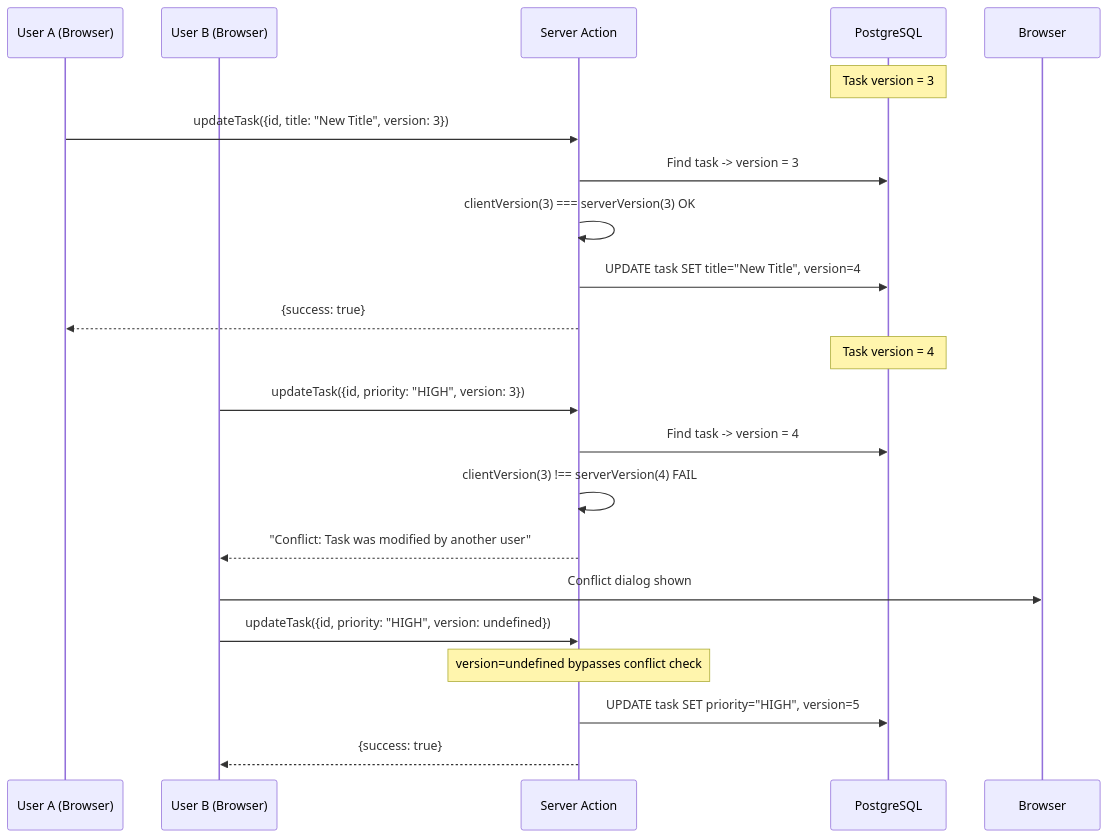
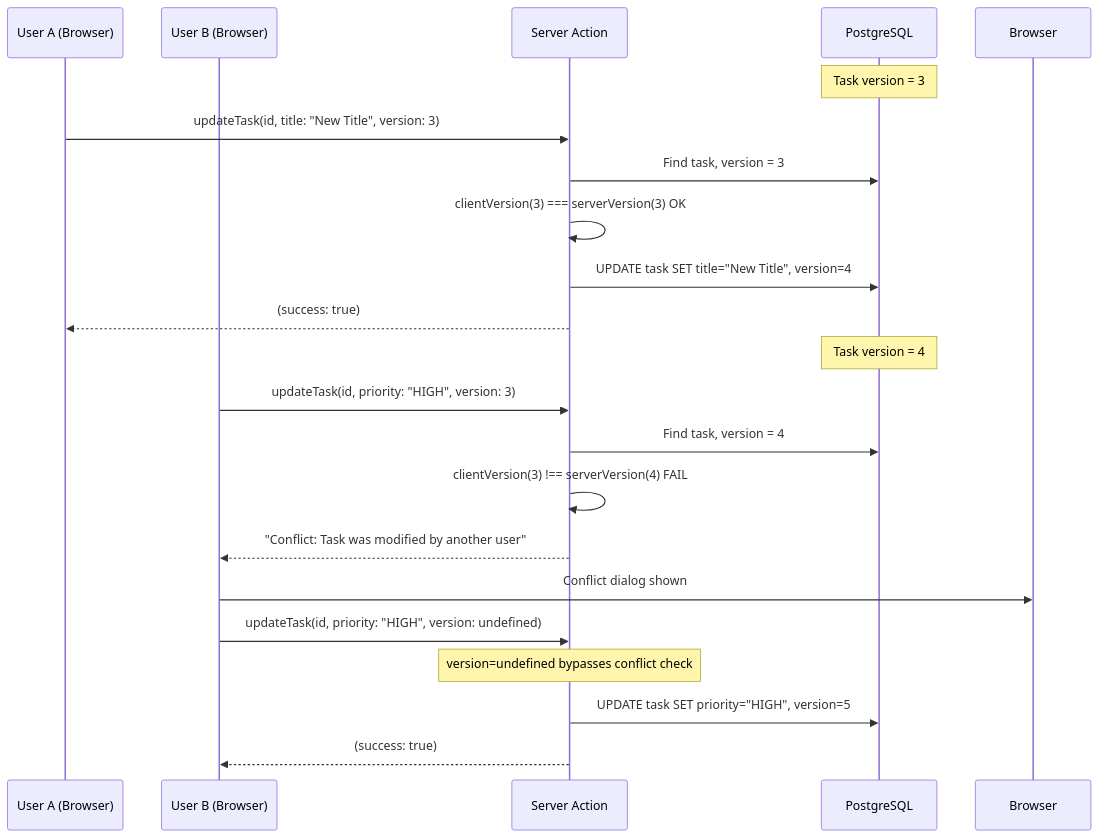
One commit to asefahmed500/Smart-Task-App_IIT_DU_Final_Project changed the third of 10 diagrams in docs/05-task-management.md. Above: the diagram before and after it, drawn with Mermaid. The commit also changed other lines of this file and 9 other files, not shown here.

Commit message:
fix: update AGENTS.md with Vercel deployment notes and additional mermaid cleanups

````diff
--- a/docs/05-task-management.md
+++ b/docs/05-task-management.md
@@ -145,28 +145,28 @@
 ```mermaid
 sequenceDiagram
     participant UserA as User A (Browser)
     participant UserB as User B (Browser)
     participant Server as Server Action
     participant DB as PostgreSQL
 
     Note over DB: Task version = 3
 
-    UserA->>Server: updateTask({id, title: "New Title", version: 3})
-    Server->>DB: Find task -> version = 3
+    UserA->>Server: updateTask(id, title: "New Title", version: 3)
+    Server->>DB: Find task, version = 3
     Server->>Server: clientVersion(3) === serverVersion(3) OK
     Server->>DB: UPDATE task SET title="New Title", version=4
-    Server-->>UserA: {success: true}
+    Server-->>UserA: (success: true)
 
     Note over DB: Task version = 4
 
-    UserB->>Server: updateTask({id, priority: "HIGH", version: 3})
-    Server->>DB: Find task -> version = 4
+    UserB->>Server: updateTask(id, priority: "HIGH", version: 3)
+    Server->>DB: Find task, version = 4
     Server->>Server: clientVersion(3) !== serverVersion(4) FAIL
     Server-->>UserB: "Conflict: Task was modified by another user"
 
     UserB->>Browser: Conflict dialog shown
-    UserB->>Server: updateTask({id, priority: "HIGH", version: undefined})
+    UserB->>Server: updateTask(id, priority: "HIGH", version: undefined)
     Note over Server: version=undefined bypasses conflict check
     Server->>DB: UPDATE task SET priority="HIGH", version=5
-    Server-->>UserB: {success: true}
+    Server-->>UserB: (success: true)
 ```
````
